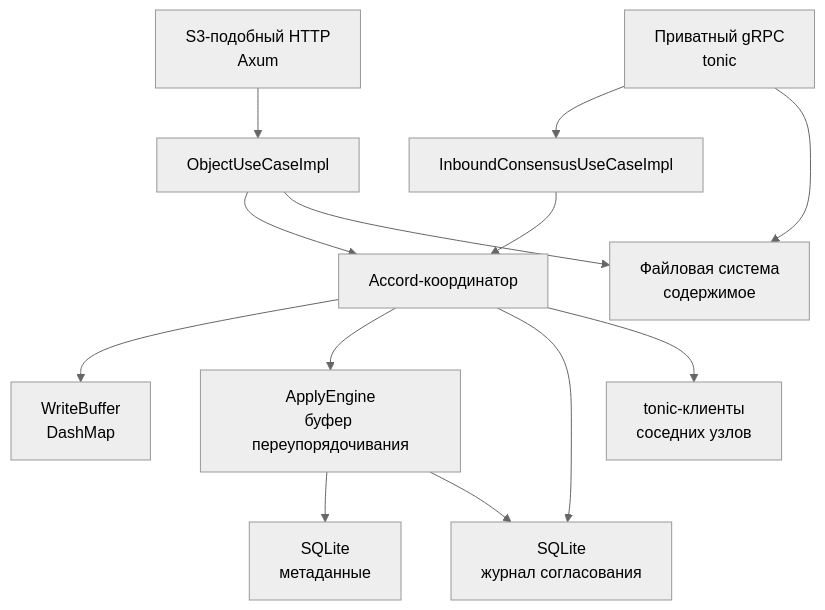
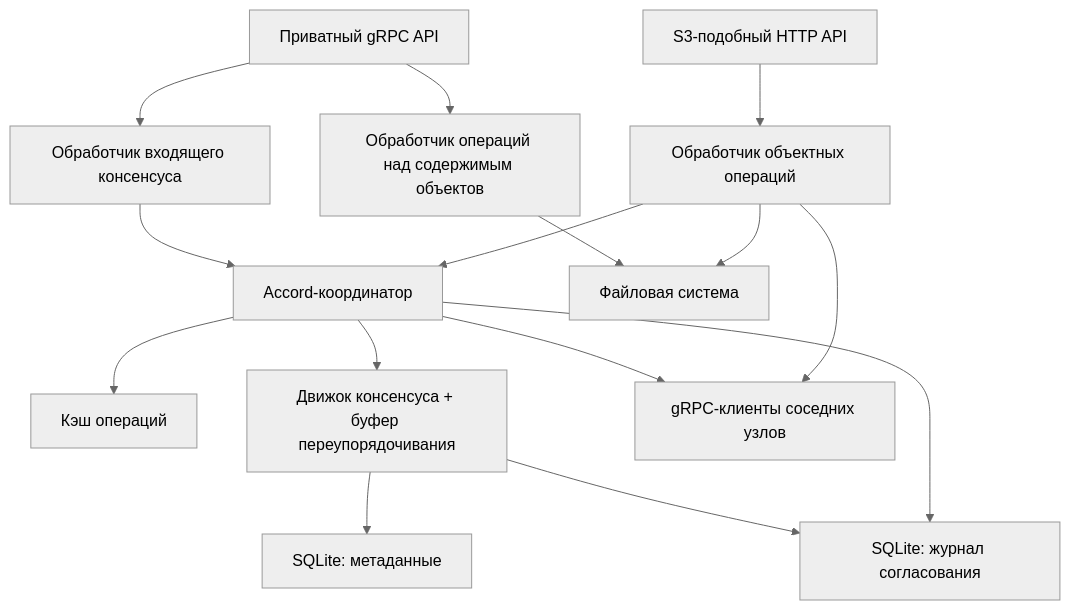
The diagram in docs/thesis_charts/2_2.mmd (Bromles/so3), drawn with Mermaid (neutral theme) before and after one commit.

Commit message:
update 2_2 chart

```diff
--- a/docs/thesis_charts/2_2.mmd
+++ b/docs/thesis_charts/2_2.mmd
@@ -1,24 +1,28 @@
 flowchart TB
-    S3["S3-подобный HTTP\nAxum"]
-    RPC["Приватный gRPC\ntonic"]
-    OUC["ObjectUseCaseImpl"]
-    IUC["InboundConsensusUseCaseImpl"]
+    S3["S3-подобный HTTP API"]
+    RPC["Приватный gRPC API"]
+    OUC["Обработчик объектных операций"]
+    IUC["Обработчик входящего консенсуса"]
+    BUC["Обработчик операций над содержимым объектов"]
     COORD["Accord-координатор"]
-    WB["WriteBuffer\nDashMap"]
-    AE["ApplyEngine\nбуфер переупорядочивания"]
-    CLIENTS["tonic-клиенты\nсоседних узлов"]
-    META["SQLite\nметаданные"]
-    JOURNAL["SQLite\nжурнал согласования"]
-    BLOB["Файловая система\nсодержимое"]
+    WB["Кэш операций"]
+    AE["Движок консенсуса + \nбуфер переупорядочивания"]
+    CLIENTS["gRPC-клиенты соседних узлов"]
+    META["SQLite: метаданные"]
+    JOURNAL["SQLite: журнал согласования"]
+    BLOB["Файловая система"]
+
     S3 --> OUC
     RPC --> IUC
+    RPC --> BUC
     OUC --> COORD
+    OUC --> BLOB
     IUC --> COORD
     COORD --> WB
     COORD --> AE
     AE --> META
     COORD --> JOURNAL
     AE --> JOURNAL
-    OUC --> BLOB
-    RPC --> BLOB
+    BUC --> BLOB
+    OUC --> CLIENTS
     COORD --> CLIENTS
```
